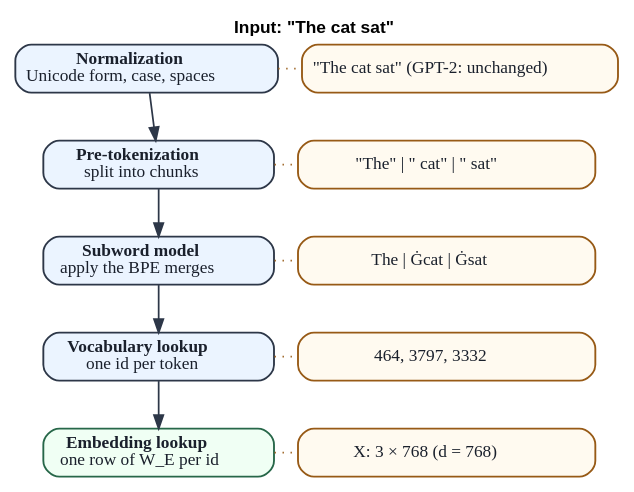
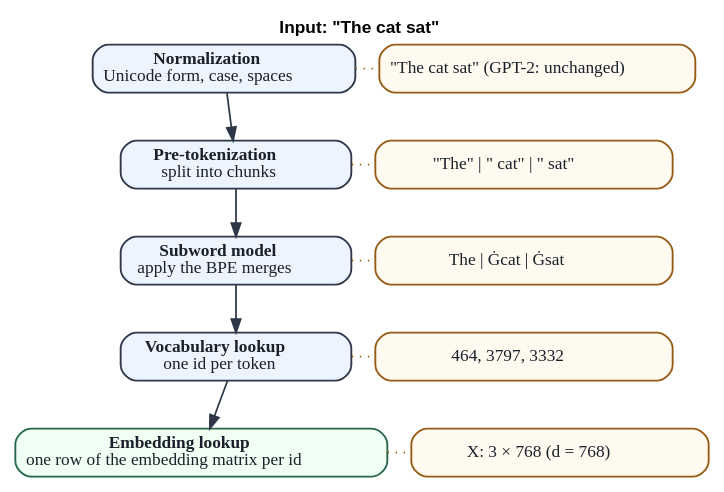
One commit to Beaker12/llmatlas changed the diagram in chapters/01-foundations/figures/tokenization_pipeline.dot. Above: the diagram before and after it, drawn with Graphviz. The commit also changed 23 other files, not shown here.

Commit message:
Chapter 1: larger text in the sinusoidal and position-cost plots, schematic labels without underscores

```diff
--- a/chapters/01-foundations/figures/tokenization_pipeline.dot
+++ b/chapters/01-foundations/figures/tokenization_pipeline.dot
@@ -1,32 +1,32 @@
 digraph TokenizationPipeline {
     graph [fontname="Arial" fontsize=13 bgcolor=white label=<<b>Input: "The cat sat"</b>> labelloc=t];
 
     s0 [label=<<b>Normalization</b><br/>Unicode form, case, spaces> shape=box style="rounded,filled" fillcolor="#ebf4ff" color="#2d3748" penwidth=1.4 fontsize=13 fontcolor="#1a202c" width=2.4];
     e0 [label=<&quot;The cat sat&quot; (GPT-2: unchanged)> shape=box style="rounded,filled" fillcolor="#fffaf0" color="#975a16" penwidth=1.4 fontsize=13 fontcolor="#1a202c" width=3.1];
     { rank=same; s0; e0; }
     s0 -> e0 [style=dotted arrowhead=none color="#975a16" penwidth=1.2];
     s1 [label=<<b>Pre-tokenization</b><br/>split into chunks> shape=box style="rounded,filled" fillcolor="#ebf4ff" color="#2d3748" penwidth=1.4 fontsize=13 fontcolor="#1a202c" width=2.4];
     e1 [label=<&quot;The&quot; | &quot; cat&quot; | &quot; sat&quot;> shape=box style="rounded,filled" fillcolor="#fffaf0" color="#975a16" penwidth=1.4 fontsize=13 fontcolor="#1a202c" width=3.1];
     { rank=same; s1; e1; }
     s1 -> e1 [style=dotted arrowhead=none color="#975a16" penwidth=1.2];
     s2 [label=<<b>Subword model</b><br/>apply the BPE merges> shape=box style="rounded,filled" fillcolor="#ebf4ff" color="#2d3748" penwidth=1.4 fontsize=13 fontcolor="#1a202c" width=2.4];
     e2 [label=<The | Ġcat | Ġsat> shape=box style="rounded,filled" fillcolor="#fffaf0" color="#975a16" penwidth=1.4 fontsize=13 fontcolor="#1a202c" width=3.1];
     { rank=same; s2; e2; }
     s2 -> e2 [style=dotted arrowhead=none color="#975a16" penwidth=1.2];
     s3 [label=<<b>Vocabulary lookup</b><br/>one id per token> shape=box style="rounded,filled" fillcolor="#ebf4ff" color="#2d3748" penwidth=1.4 fontsize=13 fontcolor="#1a202c" width=2.4];
     e3 [label=<464, 3797, 3332> shape=box style="rounded,filled" fillcolor="#fffaf0" color="#975a16" penwidth=1.4 fontsize=13 fontcolor="#1a202c" width=3.1];
     { rank=same; s3; e3; }
     s3 -> e3 [style=dotted arrowhead=none color="#975a16" penwidth=1.2];
-    s4 [label=<<b>Embedding lookup</b><br/>one row of W_E per id> shape=box style="rounded,filled" fillcolor="#f0fff4" color="#276749" penwidth=1.4 fontsize=13 fontcolor="#1a202c" width=2.4];
+    s4 [label=<<b>Embedding lookup</b><br/>one row of the embedding matrix per id> shape=box style="rounded,filled" fillcolor="#f0fff4" color="#276749" penwidth=1.4 fontsize=13 fontcolor="#1a202c" width=2.4];
     e4 [label=<X: 3 × 768 (d = 768)> shape=box style="rounded,filled" fillcolor="#fffaf0" color="#975a16" penwidth=1.4 fontsize=13 fontcolor="#1a202c" width=3.1];
     { rank=same; s4; e4; }
     s4 -> e4 [style=dotted arrowhead=none color="#975a16" penwidth=1.2];
     s0 -> s1 [color="#2d3748" penwidth=1.3 fontsize=12 fontcolor="#1a202c"];
     e0 -> e1 [style=invis];
     s1 -> s2 [color="#2d3748" penwidth=1.3 fontsize=12 fontcolor="#1a202c"];
     e1 -> e2 [style=invis];
     s2 -> s3 [color="#2d3748" penwidth=1.3 fontsize=12 fontcolor="#1a202c"];
     e2 -> e3 [style=invis];
     s3 -> s4 [color="#2d3748" penwidth=1.3 fontsize=12 fontcolor="#1a202c"];
     e3 -> e4 [style=invis];
 }
```
